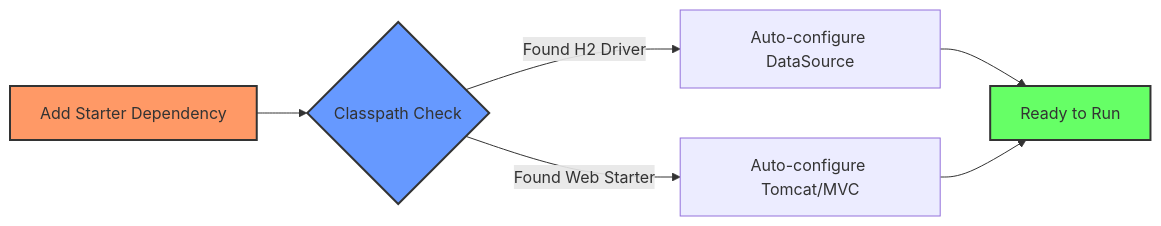
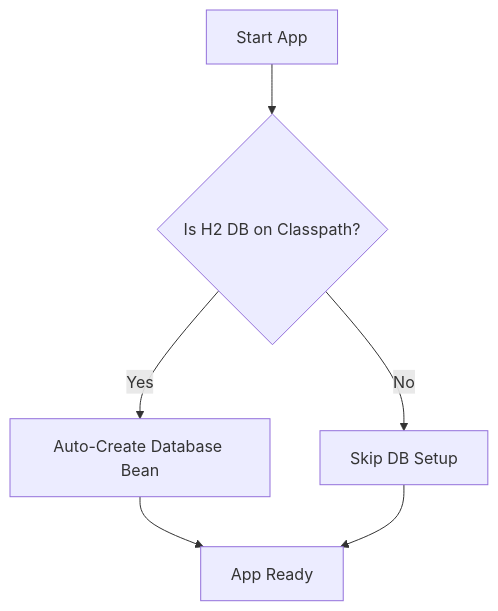
Before and after one commit to himwak2001/java-full-stack-interview-questions-answers: the first of 2 diagrams in spring/spring_boot_interview_questions/interview_questions.md, drawn with Mermaid. The commit also changed other lines of this file, not shown here.

````diff
--- a/spring/spring_boot_interview_questions/interview_questions.md
+++ b/spring/spring_boot_interview_questions/interview_questions.md
@@ -9,12 +15,8 @@
   ```mermaid
-  graph LR
-    A[Add Starter Dependency] --> B{Classpath Check}
-    B -- Found H2 Driver --> C[Auto-configure DataSource]
-    B -- Found Web Starter --> D[Auto-configure Tomcat/MVC]
-    C --> E[Ready to Run]
+  graph TD
+    A[Start App] --> B{Is H2 DB on Classpath?}
+    B -- Yes --> C[Auto-Create Database Bean]
+    B -- No --> D[Skip DB Setup]
+    C --> E[App Ready]
     D --> E
-    
-    style A fill:#f96,stroke:#333,stroke-width:2px
-    style B fill:#69f,stroke:#333,stroke-width:2px
-    style E fill:#6f6,stroke:#333,stroke-width:2px
   ```
````
